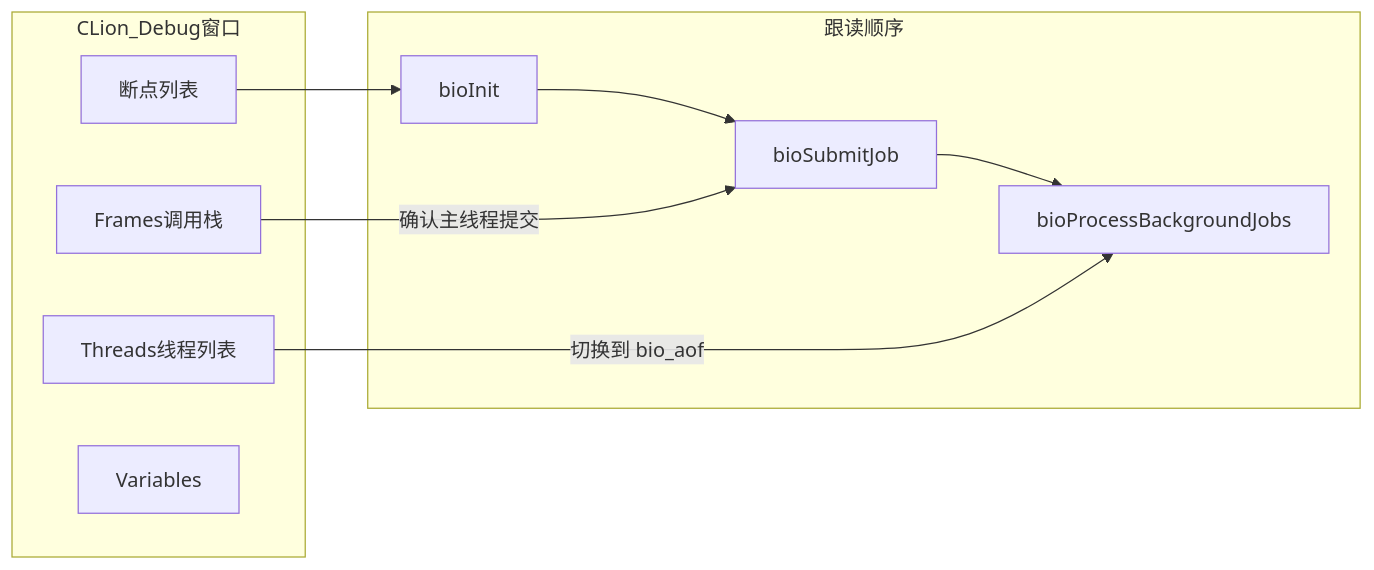
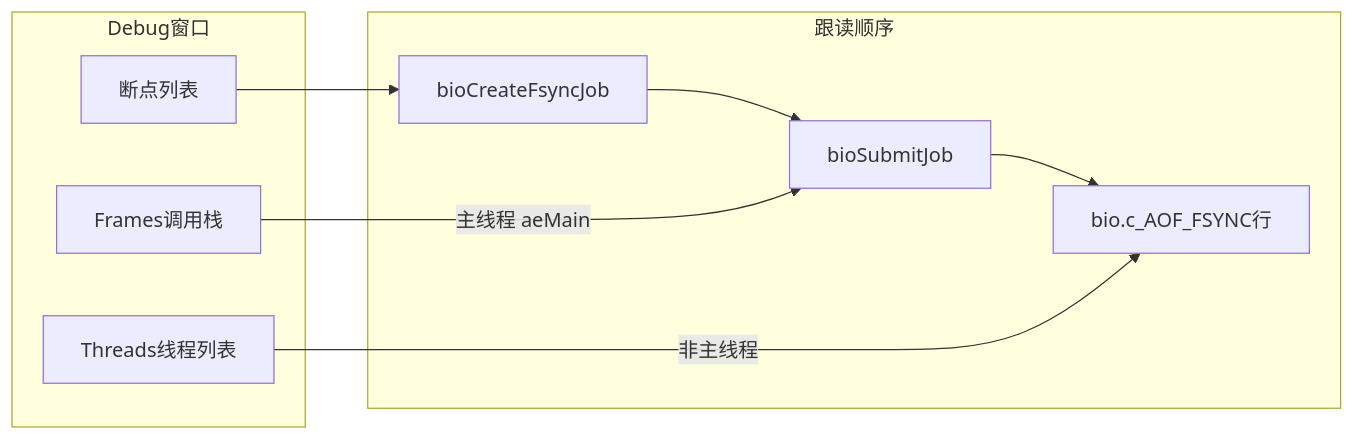
One commit to JinkaiGUAN/redis changed the eighth of 10 diagrams in docs/bio-source-walkthrough.md. Above: the diagram before and after it, drawn with Mermaid. The commit also changed other lines of this file and 2 other files, not shown here.

````diff
--- a/docs/bio-source-walkthrough.md
+++ b/docs/bio-source-walkthrough.md
@@ -646,17 +563,16 @@
 ```mermaid
 flowchart LR
-  subgraph clion [CLion_Debug窗口]
+  subgraph clion [Debug窗口]
     bp[断点列表]
     frames[Frames调用栈]
     threads[Threads线程列表]
-    vars[Variables]
   end
   subgraph flow [跟读顺序]
-    init[bioInit]
+    create[bioCreateFsyncJob]
     submit[bioSubmitJob]
-    worker[bioProcessBackgroundJobs]
+    line[bio.c_AOF_FSYNC行]
   end
-  bp --> init --> submit --> worker
-  threads -->|"切换到 bio_aof"| worker
-  frames -->|"确认主线程提交"| submit
+  bp --> create --> submit --> line
+  threads -->|"非主线程"| line
+  frames -->|"主线程 aeMain"| submit
 ```
````
